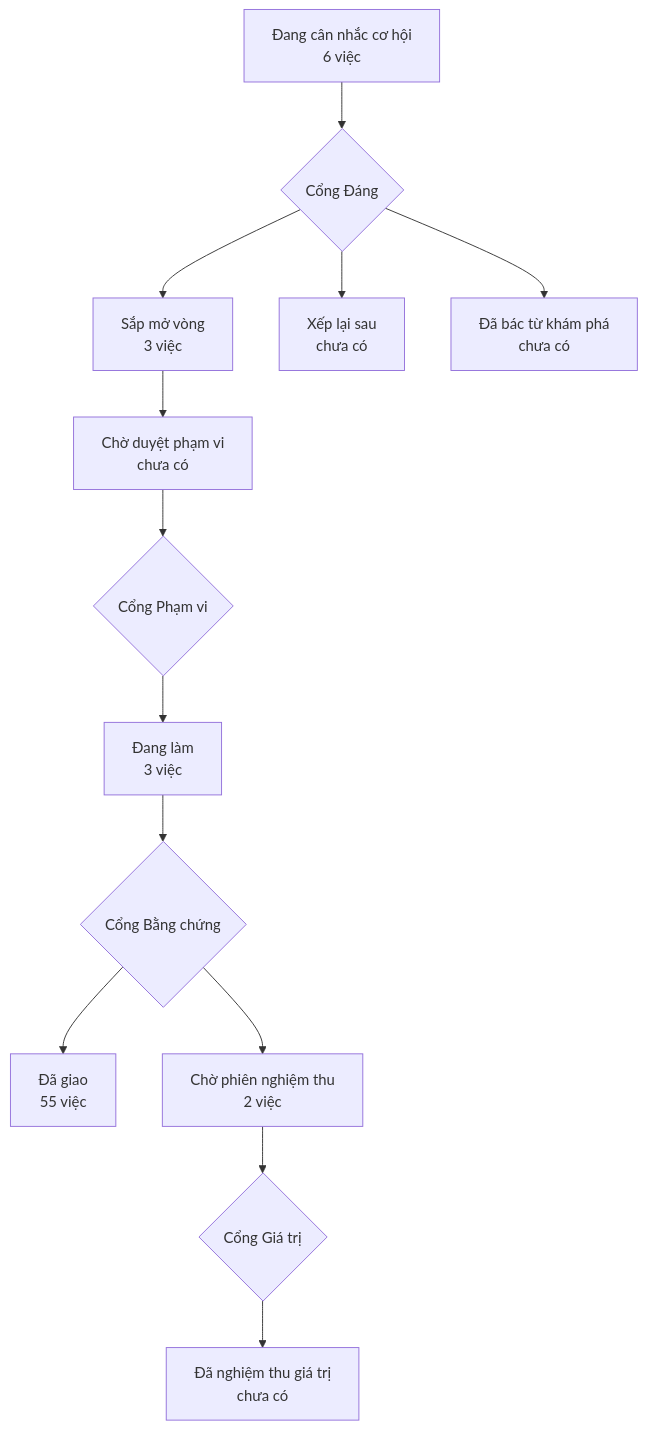
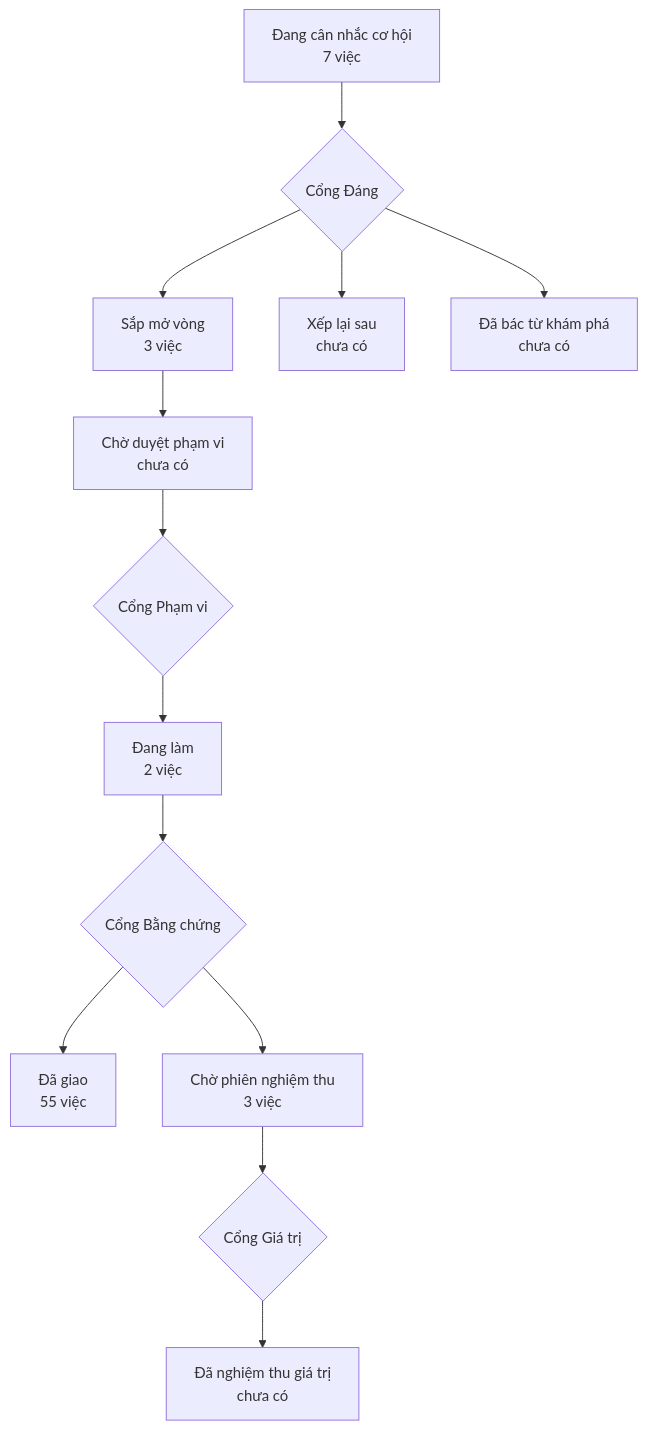
The diagram in PRODUCT-MAP.md (phanlemanh/acceptance-gate-kit), drawn with Mermaid before and after one commit. The commit also changed other lines of this file and 5 other files, not shown here.

First line of the commit message:
acceptance(start-bang-dieu-khien): owner ký Cổng Bằng chứng 2026-08-23 — signed-off + bản đồ vẽ lại cùng lượt

````diff
--- a/PRODUCT-MAP.md
+++ b/PRODUCT-MAP.md
@@ -6,12 +6,12 @@
 ```mermaid
 flowchart TD
-  A["Đang cân nhắc cơ hội<br/>6 việc"] --> GD{"Cổng Đáng"}
+  A["Đang cân nhắc cơ hội<br/>7 việc"] --> GD{"Cổng Đáng"}
   GD --> B["Sắp mở vòng<br/>3 việc"]
   GD --> XL["Xếp lại sau<br/>chưa có"]
   GD --> DB["Đã bác từ khám phá<br/>chưa có"]
   B --> CD["Chờ duyệt phạm vi<br/>chưa có"] --> GP{"Cổng Phạm vi"}
-  GP --> DL["Đang làm<br/>3 việc"] --> GB{"Cổng Bằng chứng"}
+  GP --> DL["Đang làm<br/>2 việc"] --> GB{"Cổng Bằng chứng"}
   GB --> DG["Đã giao<br/>55 việc"]
-  GB --> CN["Chờ phiên nghiệm thu<br/>2 việc"] --> GG{"Cổng Giá trị"}
+  GB --> CN["Chờ phiên nghiệm thu<br/>3 việc"] --> GG{"Cổng Giá trị"}
   GG --> NT["Đã nghiệm thu giá trị<br/>chưa có"]
 ```
````
